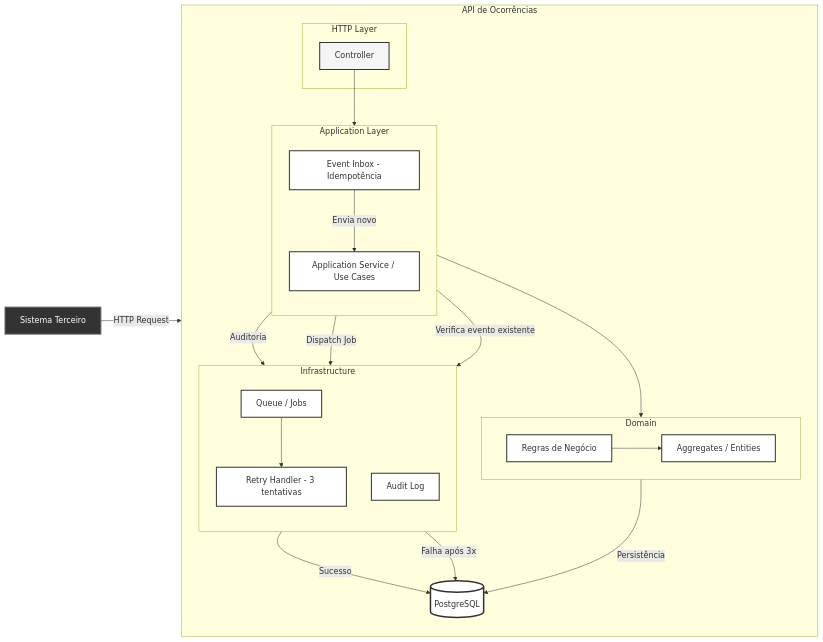
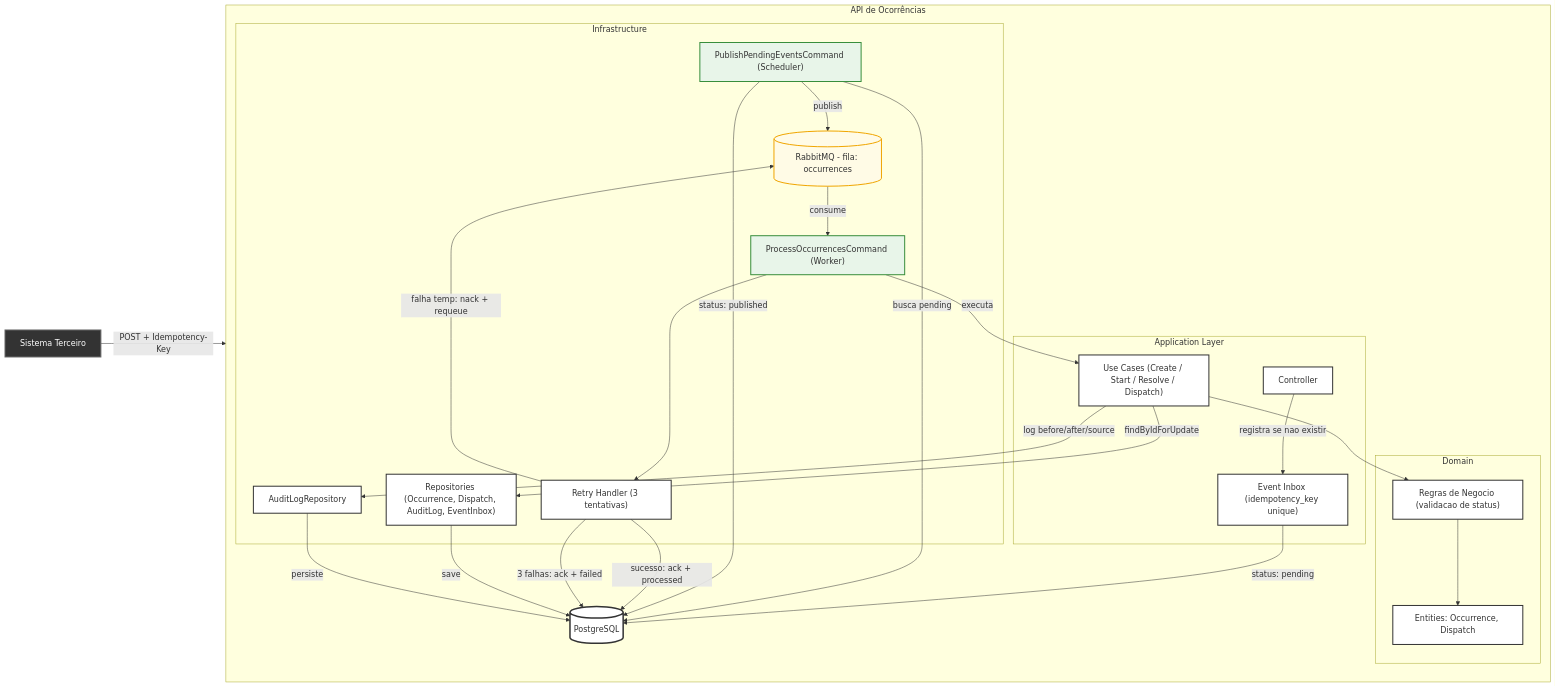
The diagram in docs/diagrama.mmd (pqmath/prova), drawn with Mermaid before and after one commit. The commit also changed 1 other file, not shown here.

Commit message:
update diagrama

```diff
--- a/docs/diagrama.mmd
+++ b/docs/diagrama.mmd
@@ -1,55 +1,67 @@
 flowchart LR
     %% ESTILOS
     classDef external fill:#333,stroke:#666,stroke-width:2px,color:#fff;
-    classDef http fill:#f5f5f5,stroke:#333,stroke-width:2px;
     classDef app fill:#fff,stroke:#333,stroke-width:2px;
     classDef domain fill:#fff,stroke:#333,stroke-width:2px;
     classDef infra fill:#fff,stroke:#333,stroke-width:2px;
     classDef db fill:#fff,stroke:#333,stroke-width:3px;
-    
+    classDef queue fill:#fffbe6,stroke:#f0a500,stroke-width:2px;
+    classDef worker fill:#e8f5e9,stroke:#388e3c,stroke-width:2px;
+
     %% SISTEMA EXTERNO
     EXT["Sistema Terceiro"]:::external
-    
+
     %% API DE OCORRÊNCIAS
     subgraph API["API de Ocorrências"]
         direction TB
-        
-        subgraph HTTP["HTTP Layer"]
-            CTRL["Controller"]:::http
+
+        subgraph APP_LAYER["Application Layer"]
+            CTRL["Controller"]:::app
+            INBOX["Event Inbox (idempotency_key unique)"]:::app
+            USE_CASES["Use Cases (Create / Start / Resolve / Dispatch)"]:::app
         end
-        
-        subgraph APP_LAYER["Application Layer"]
-            direction TB
-            INBOX["Event Inbox - Idempotência"]:::app
-            USE_CASES["Application Service / Use Cases"]:::app
+
+        subgraph DOMAIN["Domain"]
+            RULES["Regras de Negocio (validacao de status)"]:::domain
+            ENTITIES["Entities: Occurrence, Dispatch"]:::domain
         end
-        
-        subgraph DOMAIN["Domain"]
-            direction LR
-            RULES["Regras de Negócio"]:::domain
-            ENTITIES["Aggregates / Entities"]:::domain
+
+        subgraph INFRA["Infrastructure"]
+            PUBLISHER["PublishPendingEventsCommand (Scheduler)"]:::worker
+            RABBITMQ[("RabbitMQ - fila: occurrences")]:::queue
+            WORKER["ProcessOccurrencesCommand (Worker)"]:::worker
+            RETRY["Retry Handler (3 tentativas)"]:::infra
+            REPOS["Repositories (Occurrence, Dispatch, AuditLog, EventInbox)"]:::infra
+            AUDIT["AuditLogRepository"]:::infra
         end
-        
-        subgraph INFRA["Infrastructure"]
-            direction TB
-            QUEUE["Queue / Jobs"]:::infra
-            RETRY["Retry Handler - 3 tentativas"]:::infra
-            AUDIT["Audit Log"]:::infra
-        end
-        
+
         DB[("PostgreSQL")]:::db
     end
-    
-    %% FLUXOS
-    EXT -->|"HTTP Request"| CTRL
-    CTRL --> INBOX
-    INBOX -->|"Envia novo"| USE_CASES
-    INBOX -->|"Verifica evento existente"| INFRA
-    USE_CASES -->|"Auditoria"| AUDIT
+
+    %% FLUXO DE ENTRADA
+    EXT -->|"POST + Idempotency-Key"| CTRL
+    CTRL -->|"registra se nao existir"| INBOX
+    INBOX -->|"status: pending"| DB
+
+    %% FLUXO DE PUBLICACAO
+    PUBLISHER -->|"busca pending"| DB
+    PUBLISHER -->|"publish"| RABBITMQ
+    PUBLISHER -->|"status: published"| DB
+
+    %% FLUXO DO WORKER
+    RABBITMQ -->|"consume"| WORKER
+    WORKER --> RETRY
+    RETRY -->|"sucesso: ack + processed"| DB
+    RETRY -->|"3 falhas: ack + failed"| DB
+    RETRY -->|"falha temp: nack + requeue"| RABBITMQ
+
+    %% FLUXO DE NEGOCIO
+    WORKER -->|"executa"| USE_CASES
     USE_CASES --> RULES
     RULES --> ENTITIES
-    QUEUE --> RETRY
-    RETRY -->|"Sucesso"| DB
-    RETRY -->|"Falha após 3x"| DB
-    USE_CASES -->|"Dispatch Job"| QUEUE
-    ENTITIES -->|"Persistência"| DB
+    USE_CASES -->|"findByIdForUpdate"| REPOS
+    REPOS -->|"save"| DB
+
+    %% AUDITORIA
+    USE_CASES -->|"log before/after/source"| AUDIT
+    AUDIT -->|"persiste"| DB
```
